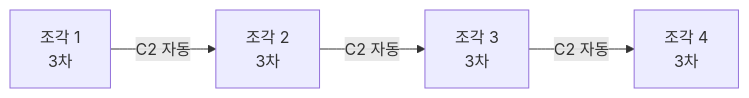
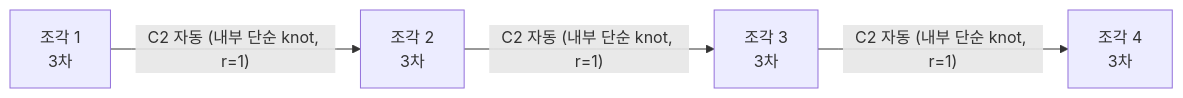
Before and after one commit to Rein-ArXiv/game-dev-curriculum: the first of 7 diagrams in math/part08_splines.md, drawn with Mermaid. The commit also changed other lines of this file and 279 other files, not shown here.

````diff
--- a/math/part08_splines.md
+++ b/math/part08_splines.md
@@ -83,6 +83,6 @@
 ```mermaid
 flowchart LR
-    P0[조각 1<br/>3차] -->|C2 자동| P1[조각 2<br/>3차]
-    P1 -->|C2 자동| P2[조각 3<br/>3차]
-    P2 -->|C2 자동| P3[조각 4<br/>3차]
+    P0[조각 1<br/>3차] -->|"C2 자동 (내부 단순 knot, r=1)"| P1[조각 2<br/>3차]
+    P1 -->|"C2 자동 (내부 단순 knot, r=1)"| P2[조각 3<br/>3차]
+    P2 -->|"C2 자동 (내부 단순 knot, r=1)"| P3[조각 4<br/>3차]
 ```
````
